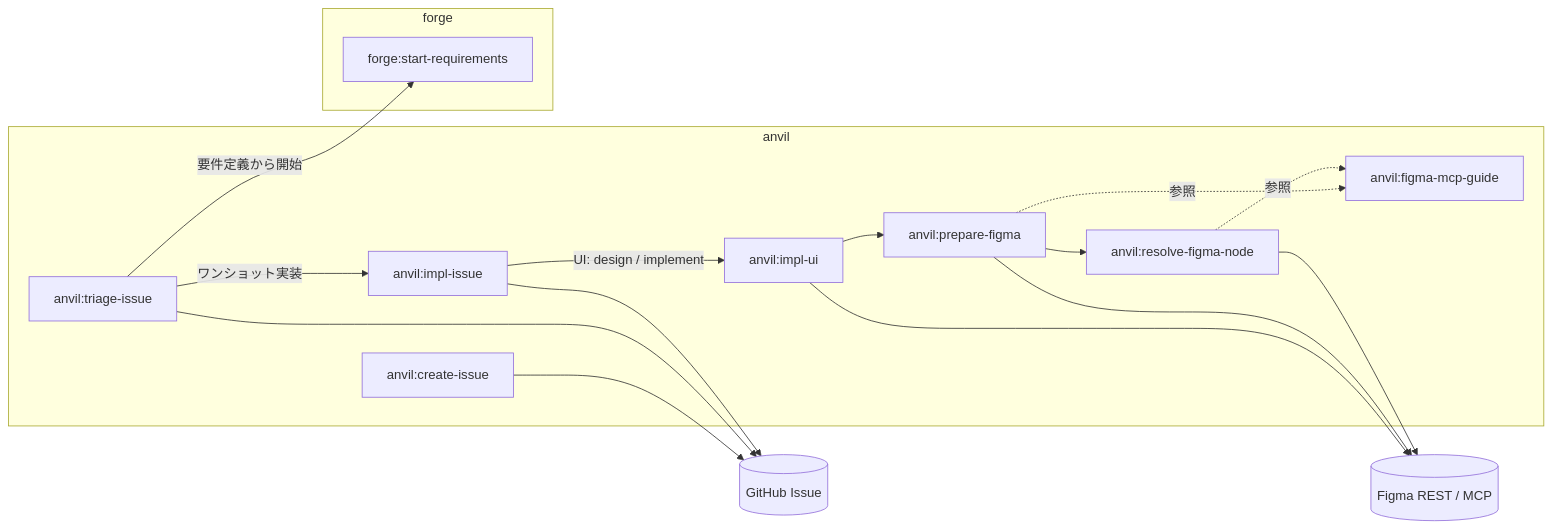
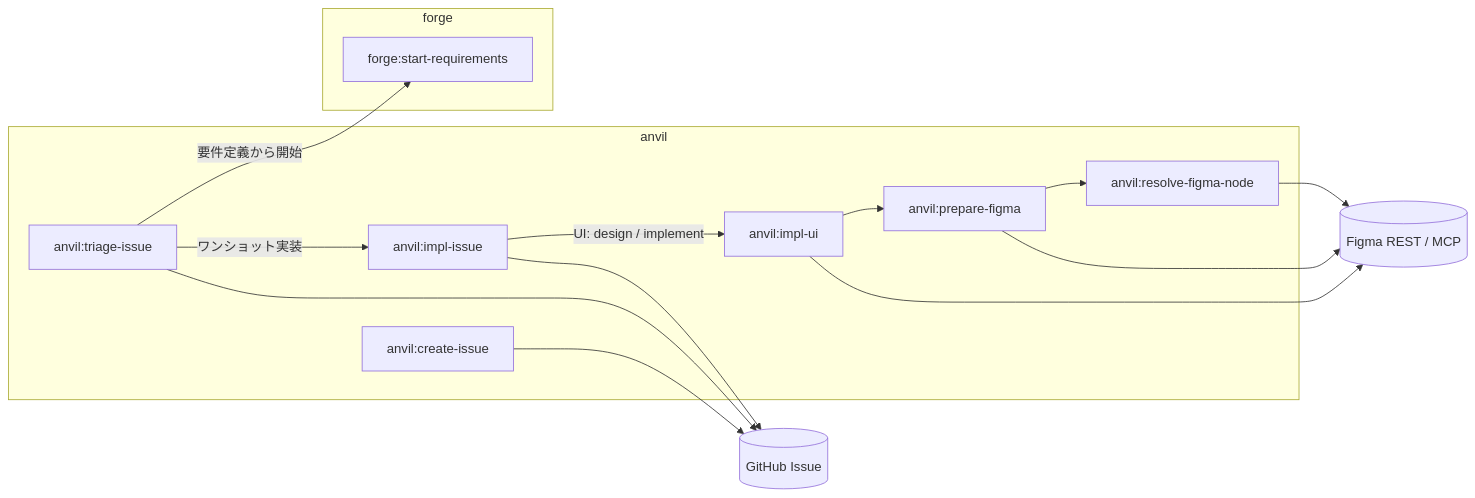
Before and after one commit to BlueEventHorizon/bw-cc-plugins: the first of 4 diagrams in docs/specs/anvil/design/DES-025_issue_driven_flow_design.md, drawn with Mermaid. The commit also changed other lines of this file and 9 other files, not shown here.

````diff
--- a/docs/specs/anvil/design/DES-025_issue_driven_flow_design.md
+++ b/docs/specs/anvil/design/DES-025_issue_driven_flow_design.md
@@ -13,31 +13,28 @@
 ```mermaid
 flowchart LR
     subgraph anvil
         CI[anvil:create-issue]
         TI[anvil:triage-issue]
         II[anvil:impl-issue]
         IU[anvil:impl-ui]
         PF[anvil:prepare-figma]
         RF[anvil:resolve-figma-node]
-        FG[anvil:figma-mcp-guide]
     end
     subgraph forge
         SR[forge:start-requirements]
     end
     GH[(GitHub Issue)]
     FM[(Figma REST / MCP)]
 
     CI --> GH
     TI --> GH
     TI -->|ワンショット実装| II
     TI -->|要件定義から開始| SR
     II --> GH
     II -->|UI: design / implement| IU
     IU --> PF
     IU --> FM
     PF --> RF
     PF --> FM
     RF --> FM
-    PF -.参照.-> FG
-    RF -.参照.-> FG
 ```
````
